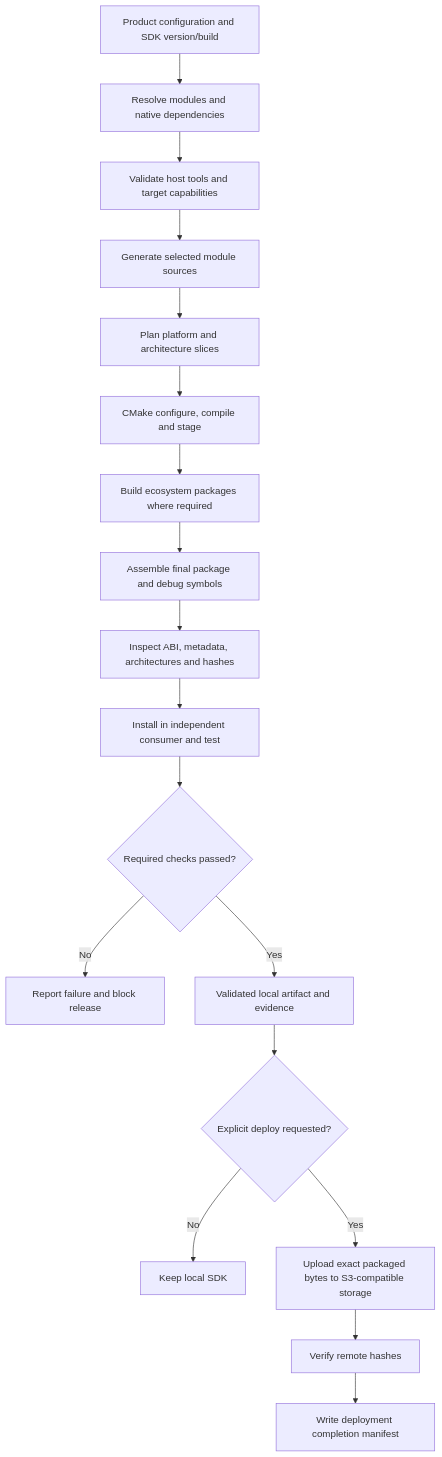
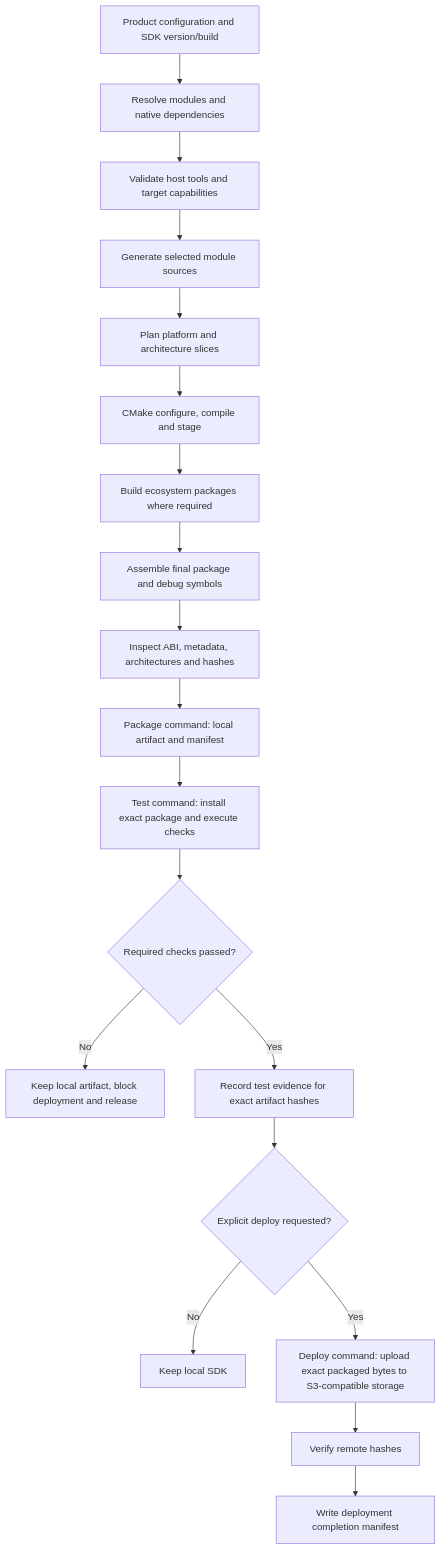
Diagram 40 of 41 in PROJECT.md (polyglue/polyglue), drawn with Mermaid before and after one commit. The commit also changed other lines of this file and 2 other files, not shown here.

Commit message:
docs: reconcile generation, artifact validation and deployment

````diff
--- a/PROJECT.md
+++ b/PROJECT.md
@@ -3878,20 +3918,21 @@
 ```mermaid
 flowchart TD
     product["Product configuration and SDK version/build"] --> resolve["Resolve modules and native dependencies"]
     resolve --> doctor["Validate host tools and target capabilities"]
     doctor --> generate["Generate selected module sources"]
     generate --> slices["Plan platform and architecture slices"]
     slices --> native["CMake configure, compile and stage"]
     native --> ecosystem["Build ecosystem packages where required"]
     ecosystem --> assemble["Assemble final package and debug symbols"]
     assemble --> inspect["Inspect ABI, metadata, architectures and hashes"]
-    inspect --> consumer["Install in independent consumer and test"]
+    inspect --> artifact["Package command: local artifact and manifest"]
+    artifact --> consumer["Test command: install exact package and execute checks"]
     consumer --> ready{"Required checks passed?"}
-    ready -->|No| failed["Report failure and block release"]
-    ready -->|Yes| artifact["Validated local artifact and evidence"]
-    artifact --> choice{"Explicit deploy requested?"}
+    ready -->|No| failed["Keep local artifact, block deployment and release"]
+    ready -->|Yes| evidence["Record test evidence for exact artifact hashes"]
+    evidence --> choice{"Explicit deploy requested?"}
     choice -->|No| done["Keep local SDK"]
-    choice -->|Yes| upload["Upload exact packaged bytes to S3-compatible storage"]
+    choice -->|Yes| upload["Deploy command: upload exact packaged bytes to S3-compatible storage"]
     upload --> verify["Verify remote hashes"]
     verify --> complete["Write deployment completion manifest"]
 ```
````
